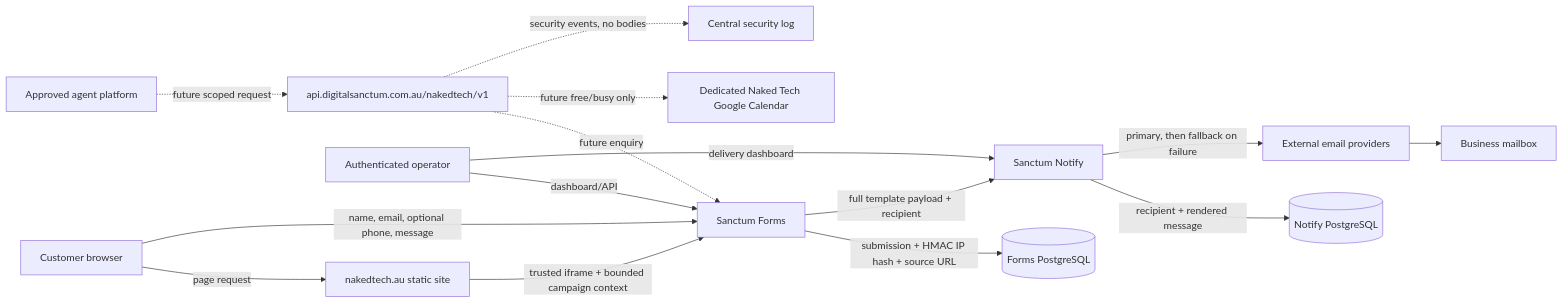
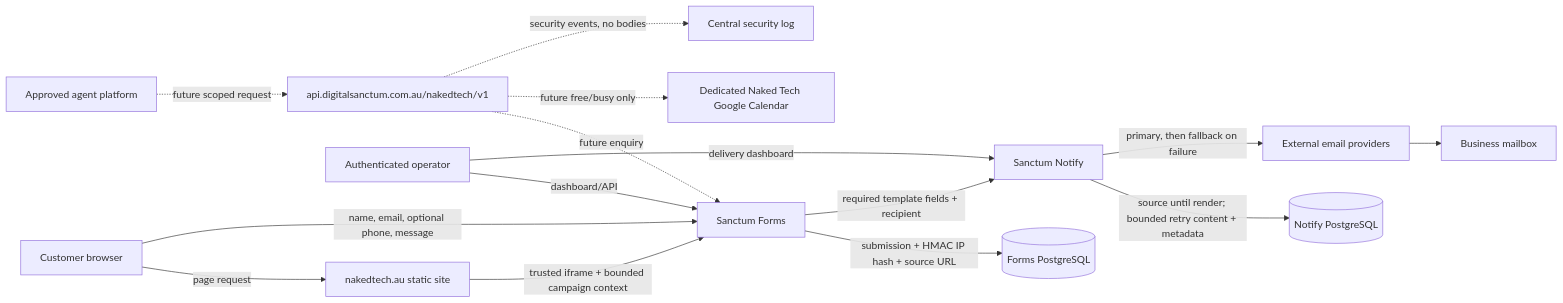
Before and after one commit to preginald/nakedtech: the diagram in docs/architecture/digital-sanctum-phase-2-readiness.md, drawn with Mermaid. The commit also changed other lines of this file, not shown here.

Commit message:
docs: record notification payload minimisation

````diff
--- a/docs/architecture/digital-sanctum-phase-2-readiness.md
+++ b/docs/architecture/digital-sanctum-phase-2-readiness.md
@@ -82,18 +82,18 @@
 ```mermaid
 flowchart LR
     U[Customer browser] -->|page request| W[nakedtech.au static site]
     W -->|trusted iframe + bounded campaign context| F[Sanctum Forms]
     U -->|name, email, optional phone, message| F
     F -->|submission + HMAC IP hash + source URL| FP[(Forms PostgreSQL)]
-    F -->|full template payload + recipient| N[Sanctum Notify]
-    N -->|recipient + rendered message| NP[(Notify PostgreSQL)]
+    F -->|required template fields + recipient| N[Sanctum Notify]
+    N -->|source until render; bounded retry content + metadata| NP[(Notify PostgreSQL)]
     N -->|primary, then fallback on failure| E[External email providers]
     E --> M[Business mailbox]
     O[Authenticated operator] -->|dashboard/API| F
     O -->|delivery dashboard| N
 
     A[Approved agent platform] -. future scoped request .-> API[api.digitalsanctum.com.au/nakedtech/v1]
     API -. future enquiry .-> F
     API -. future free/busy only .-> C[Dedicated Naked Tech Google Calendar]
     API -. security events, no bodies .-> L[Central security log]
 ```
````
